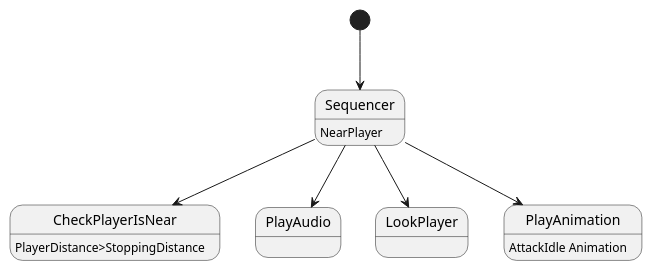
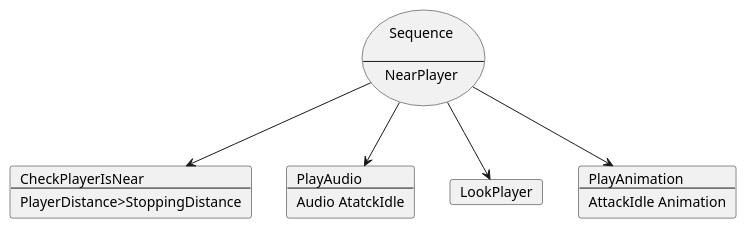
The diagram in 04. Portfolio/개발문서/BehaviourTree/Movement/NearPlayer.puml (onedeo/Portfolio), drawn with PlantUML before and after one commit. The commit also changed 98 other files, not shown here.

```diff
--- a/04. Portfolio/개발문서/BehaviourTree/Movement/NearPlayer.puml
+++ b/04. Portfolio/개발문서/BehaviourTree/Movement/NearPlayer.puml
@@ -1,12 +1,31 @@
 @startuml
 
-[*]-->Sequencer
-Sequencer-->CheckPlayerIsNear
-Sequencer : NearPlayer
-CheckPlayerIsNear : PlayerDistance>StoppingDistance
-Sequencer-->PlayAudio
-Sequencer-->LookPlayer
-Sequencer-->PlayAnimation
-PlayAnimation : AttackIdle Animation
+usecase Sequence[
+    Sequence
+
+    ---
+    NearPlayer
+]
+card CheckPlayerIsNear[
+    CheckPlayerIsNear
+    ---
+    PlayerDistance>StoppingDistance
+]
+card PlayAudio[
+    PlayAudio
+    ---
+    Audio AtatckIdle
+]
+card LookPlayer
+card PlayAnimation[
+    PlayAnimation
+    ---
+    AttackIdle Animation
+]
+
+Sequence-->CheckPlayerIsNear
+Sequence-->PlayAudio
+Sequence-->LookPlayer
+Sequence-->PlayAnimation
 
 @enduml
```
